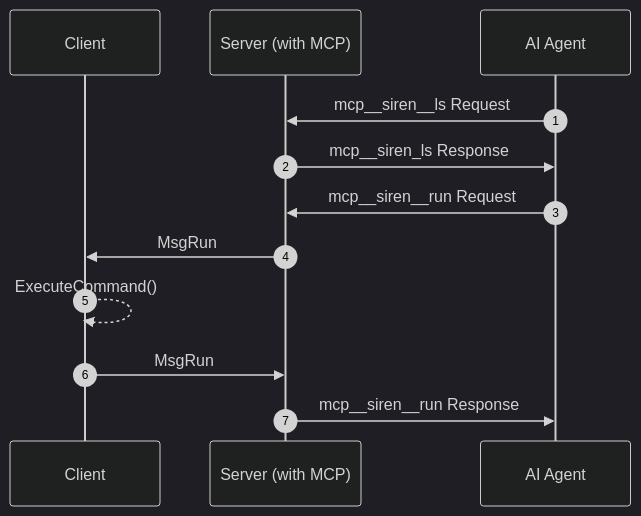
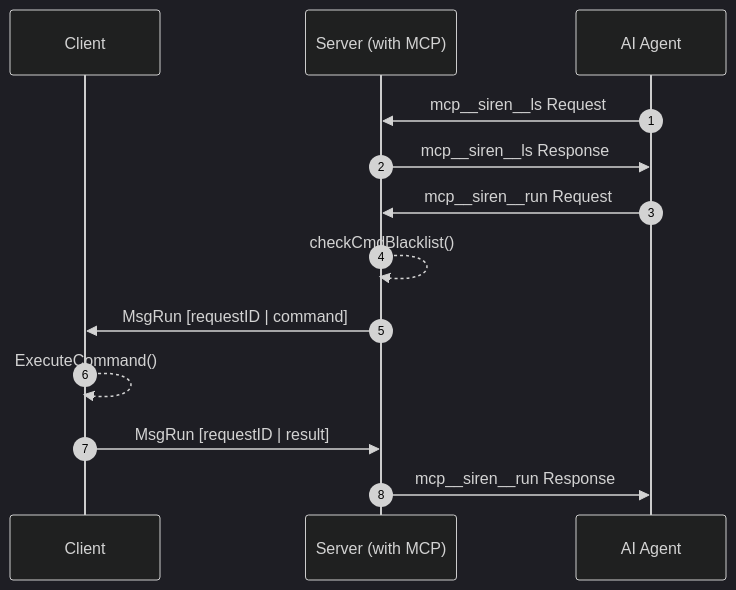
Before and after one commit to SignorMercurio/siren_docs: the third of 11 diagrams in content/docs/(siren)/protocol.mdx, drawn with Mermaid (dark theme). The commit also changed 4 other files, not shown here.

````diff
--- a/content/docs/(siren)/protocol.mdx
+++ b/content/docs/(siren)/protocol.mdx
@@ -79,14 +79,15 @@
 ```mermaid
 sequenceDiagram
     autonumber
     participant C as Client
     participant S as Server (with MCP)
     participant A as AI Agent
     A->>S: mcp__siren__ls Request
-    S->>A: mcp__siren_ls Response
+    S->>A: mcp__siren__ls Response
     A->>S: mcp__siren__run Request
-    S->>C: MsgRun
+    S-->>S: checkCmdBlacklist()
+    S->>C: MsgRun [requestID | command]
     C-->>C: ExecuteCommand()
-    C->>S: MsgRun
+    C->>S: MsgRun [requestID | result]
     S->>A: mcp__siren__run Response
 ```
````
